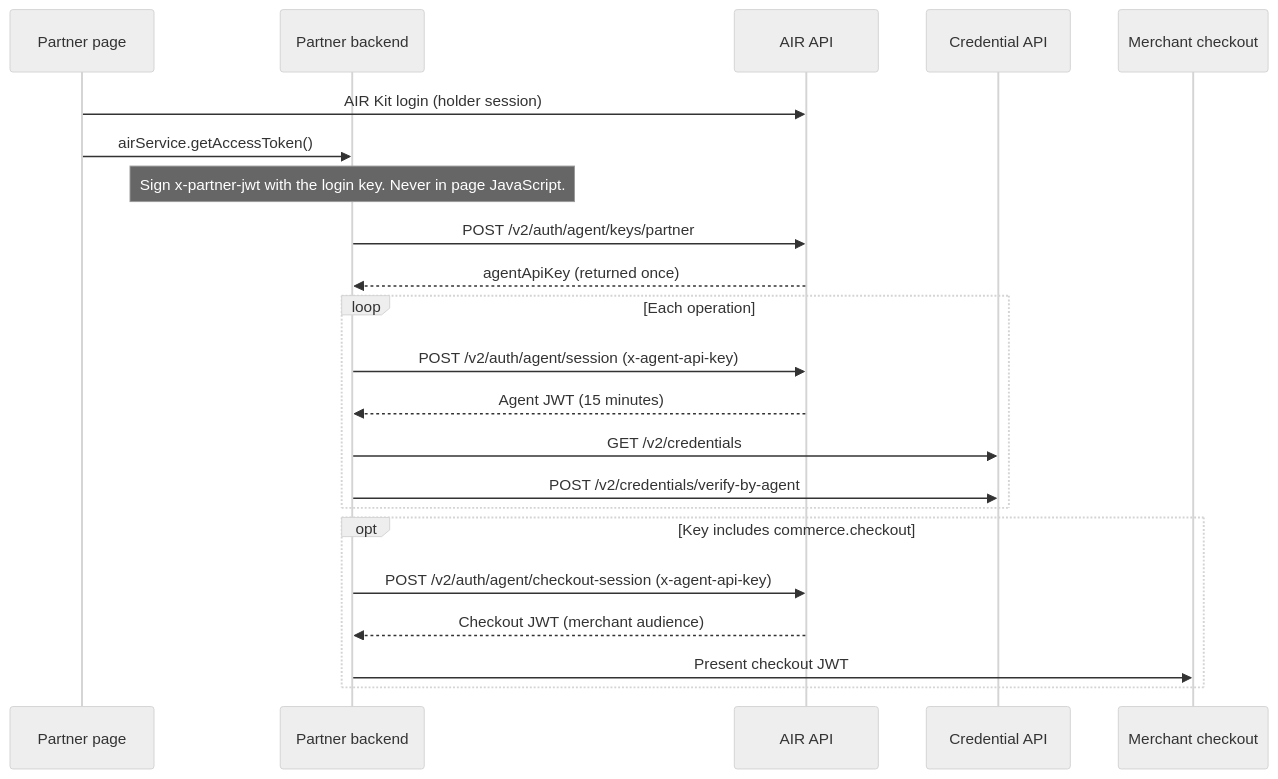
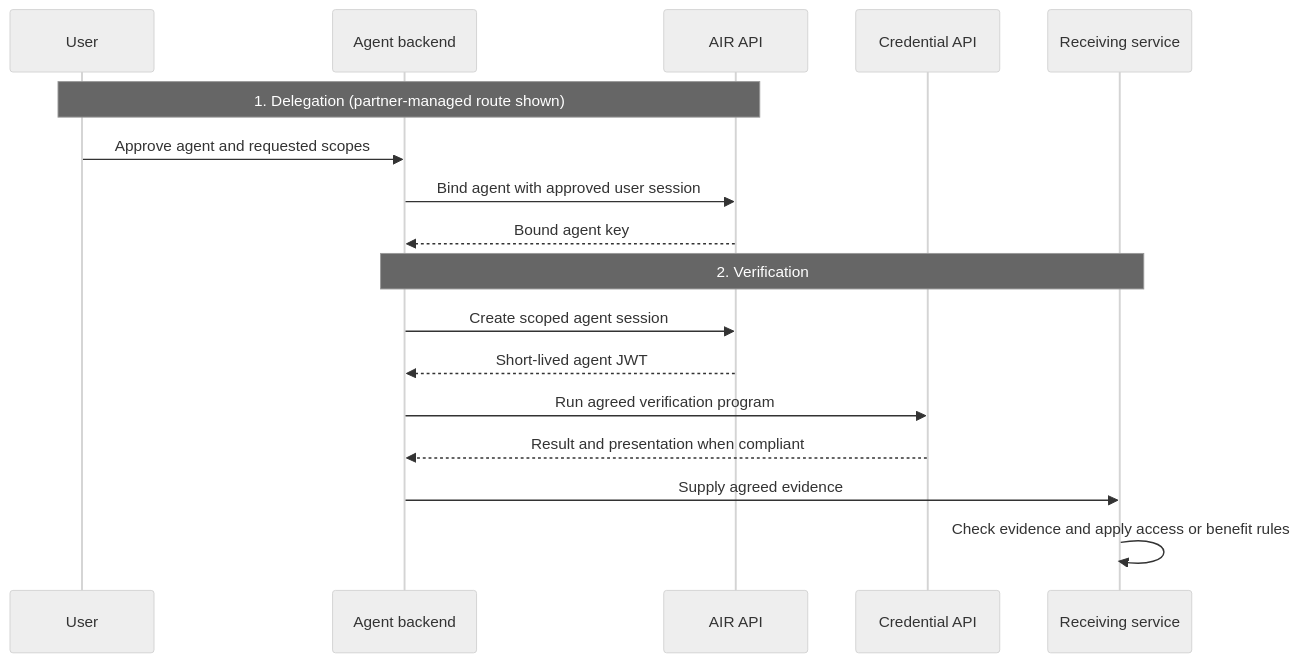
One commit to 0xmythril/docs changed the diagram in products/agents/partner-agent-api.mdx. Above: the diagram before and after it, drawn with Mermaid (neutral theme). The commit also changed other lines of this file and 59 other files, not shown here.

````diff
--- a/products/agents/partner-agent-api.mdx
+++ b/products/agents/partner-agent-api.mdx
@@ -27,24 +39,19 @@
 ```mermaid
 sequenceDiagram
-    participant Page as Partner page
-    participant Backend as Partner backend
+    participant User
+    participant Backend as Agent backend
     participant AIR as AIR API
     participant Cred as Credential API
-    participant Merchant as Merchant checkout
-    Page->>AIR: AIR Kit login (holder session)
-    Page->>Backend: airService.getAccessToken()
-    Note over Backend: Sign x-partner-jwt with the login key. Never in page JavaScript.
-    Backend->>AIR: POST /v2/auth/agent/keys/partner
-    AIR-->>Backend: agentApiKey (returned once)
-    loop Each operation
-        Backend->>AIR: POST /v2/auth/agent/session (x-agent-api-key)
-        AIR-->>Backend: Agent JWT (15 minutes)
-        Backend->>Cred: GET /v2/credentials
-        Backend->>Cred: POST /v2/credentials/verify-by-agent
-    end
-    opt Key includes commerce.checkout
-        Backend->>AIR: POST /v2/auth/agent/checkout-session (x-agent-api-key)
-        AIR-->>Backend: Checkout JWT (merchant audience)
-        Backend->>Merchant: Present checkout JWT
-    end
+    participant Service as Receiving service
+    Note over User,AIR: 1. Delegation (partner-managed route shown)
+    User->>Backend: Approve agent and requested scopes
+    Backend->>AIR: Bind agent with approved user session
+    AIR-->>Backend: Bound agent key
+    Note over Backend,Service: 2. Verification
+    Backend->>AIR: Create scoped agent session
+    AIR-->>Backend: Short-lived agent JWT
+    Backend->>Cred: Run agreed verification program
+    Cred-->>Backend: Result and presentation when compliant
+    Backend->>Service: Supply agreed evidence
+    Service->>Service: Check evidence and apply access or benefit rules
 ```
````
